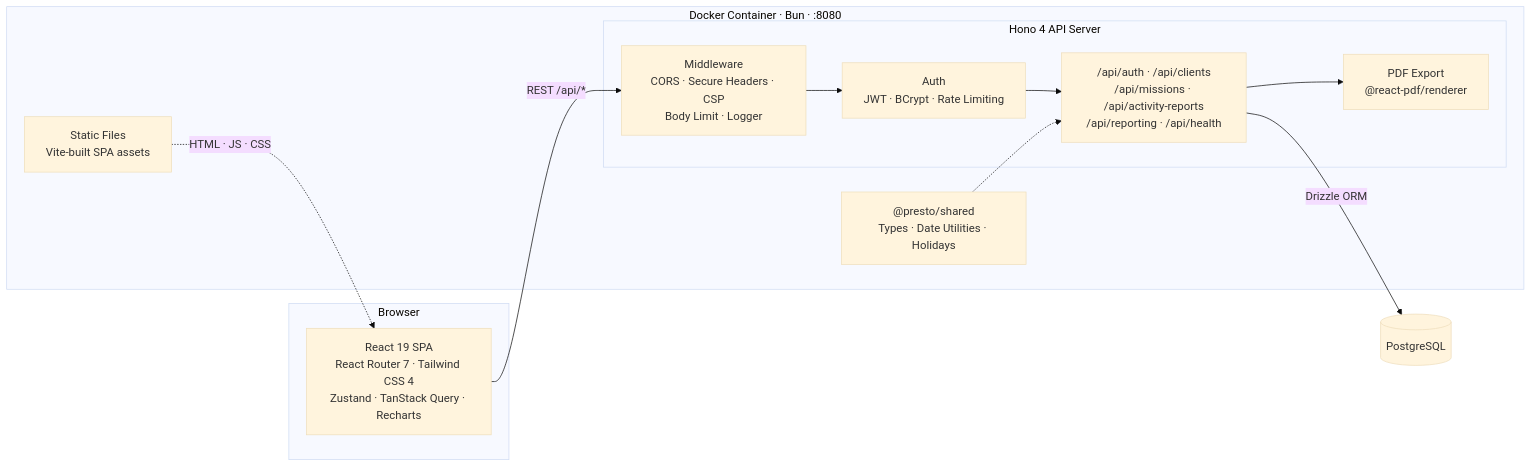
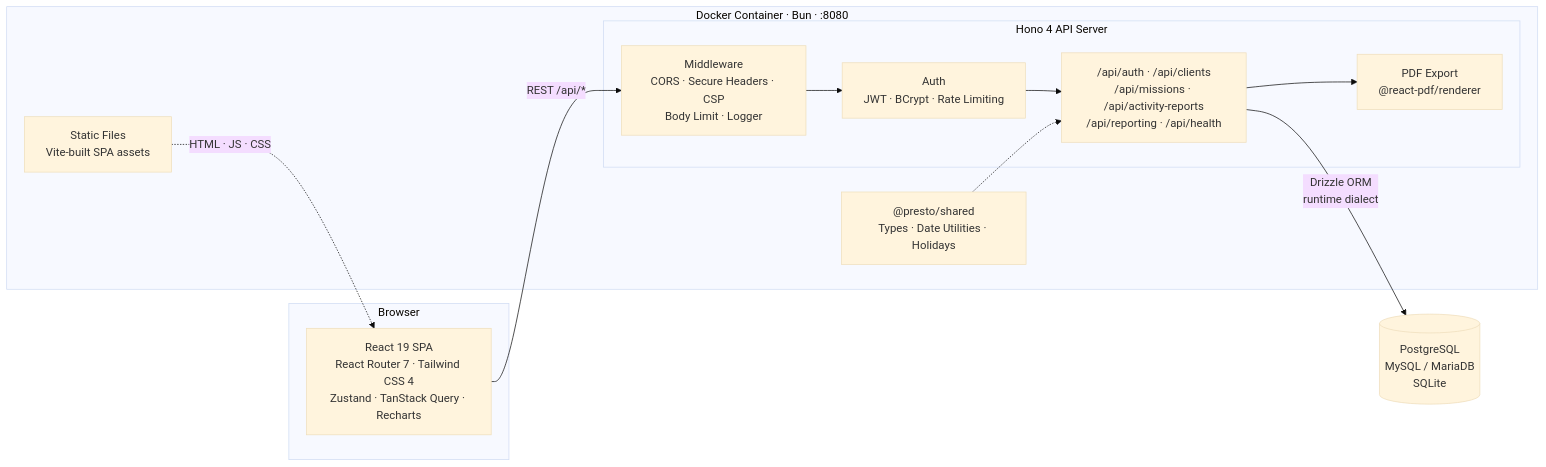
The diagram in README.md (tux86/presto), drawn with Mermaid (base theme) before and after one commit.

Commit message:
docs: update architecture diagram for multi-database support

````diff
--- a/README.md
+++ b/README.md
@@ -120,27 +120,27 @@
 ```mermaid
 graph LR
     subgraph Browser["Browser"]
         SPA["React 19 SPA<br/>React Router 7 · Tailwind CSS 4<br/>Zustand · TanStack Query · Recharts"]
     end
 
     subgraph Docker["Docker Container · Bun · :8080"]
         Static["Static Files<br/>Vite-built SPA assets"]
         subgraph Hono["Hono 4 API Server"]
             MW["Middleware<br/>CORS · Secure Headers · CSP<br/>Body Limit · Logger"]
             Auth["Auth<br/>JWT · BCrypt · Rate Limiting"]
             Routes["/api/auth · /api/clients<br/>/api/missions · /api/activity-reports<br/>/api/reporting · /api/health"]
             PDF["PDF Export<br/>@react-pdf/renderer"]
         end
         Shared["@presto/shared<br/>Types · Date Utilities · Holidays"]
     end
 
-    DB[(PostgreSQL)]
+    DB[(PostgreSQL<br/>MySQL / MariaDB<br/>SQLite)]
 
     Static -.->|"HTML · JS · CSS"| SPA
     SPA -->|"REST /api/*"| MW
     MW --> Auth
     Auth --> Routes
     Routes --> PDF
-    Routes -->|"Drizzle ORM"| DB
+    Routes -->|"Drizzle ORM<br/>runtime dialect"| DB
     Shared -.-> Routes
 ```
````
